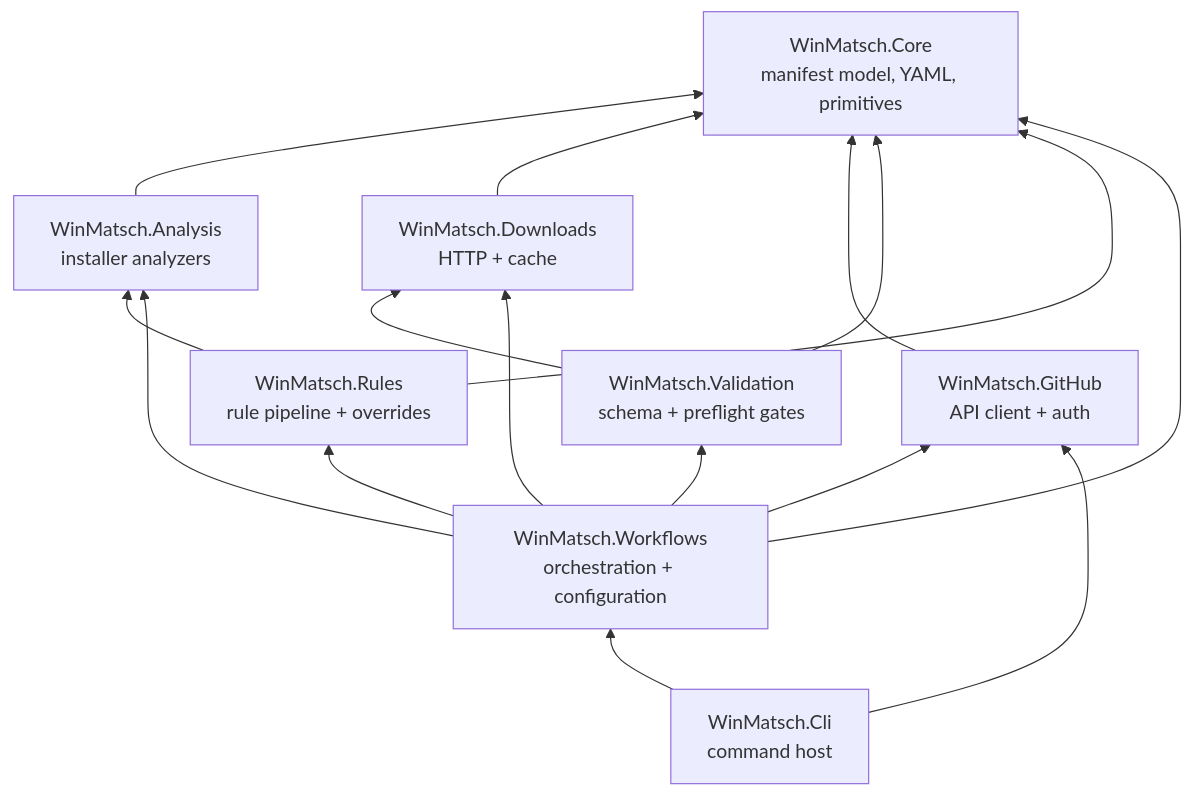
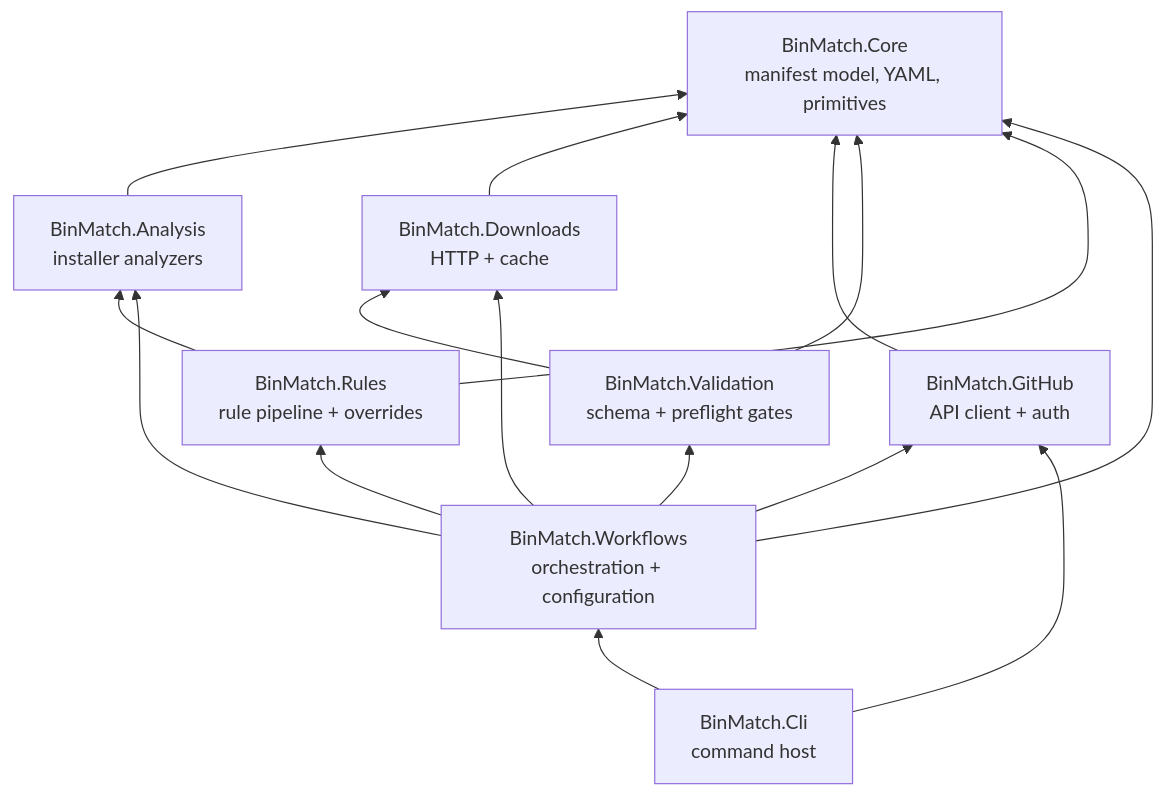
The diagram in docs/architecture.md (b0t-at/winmatsch), drawn with Mermaid before and after one commit. The commit also changed other lines of this file and 1160 other files, not shown here.

````diff
--- a/docs/architecture.md
+++ b/docs/architecture.md
@@ -8,19 +8,19 @@
 ```mermaid
 graph BT
-    Core[WinMatsch.Core<br/>manifest model, YAML, primitives]
-    Analysis[WinMatsch.Analysis<br/>installer analyzers] --> Core
-    Downloads[WinMatsch.Downloads<br/>HTTP + cache] --> Core
-    GitHub[WinMatsch.GitHub<br/>API client + auth] --> Core
-    Validation[WinMatsch.Validation<br/>schema + preflight gates] --> Core
+    Core[BinMatch.Core<br/>manifest model, YAML, primitives]
+    Analysis[BinMatch.Analysis<br/>installer analyzers] --> Core
+    Downloads[BinMatch.Downloads<br/>HTTP + cache] --> Core
+    GitHub[BinMatch.GitHub<br/>API client + auth] --> Core
+    Validation[BinMatch.Validation<br/>schema + preflight gates] --> Core
     Validation --> Downloads
-    Rules[WinMatsch.Rules<br/>rule pipeline + overrides] --> Core
+    Rules[BinMatch.Rules<br/>rule pipeline + overrides] --> Core
     Rules --> Analysis
-    Workflows[WinMatsch.Workflows<br/>orchestration + configuration] --> Analysis
+    Workflows[BinMatch.Workflows<br/>orchestration + configuration] --> Analysis
     Workflows --> Core
     Workflows --> Downloads
     Workflows --> GitHub
     Workflows --> Rules
     Workflows --> Validation
-    Cli[WinMatsch.Cli<br/>command host] --> GitHub
+    Cli[BinMatch.Cli<br/>command host] --> GitHub
     Cli --> Workflows
 ```
````
